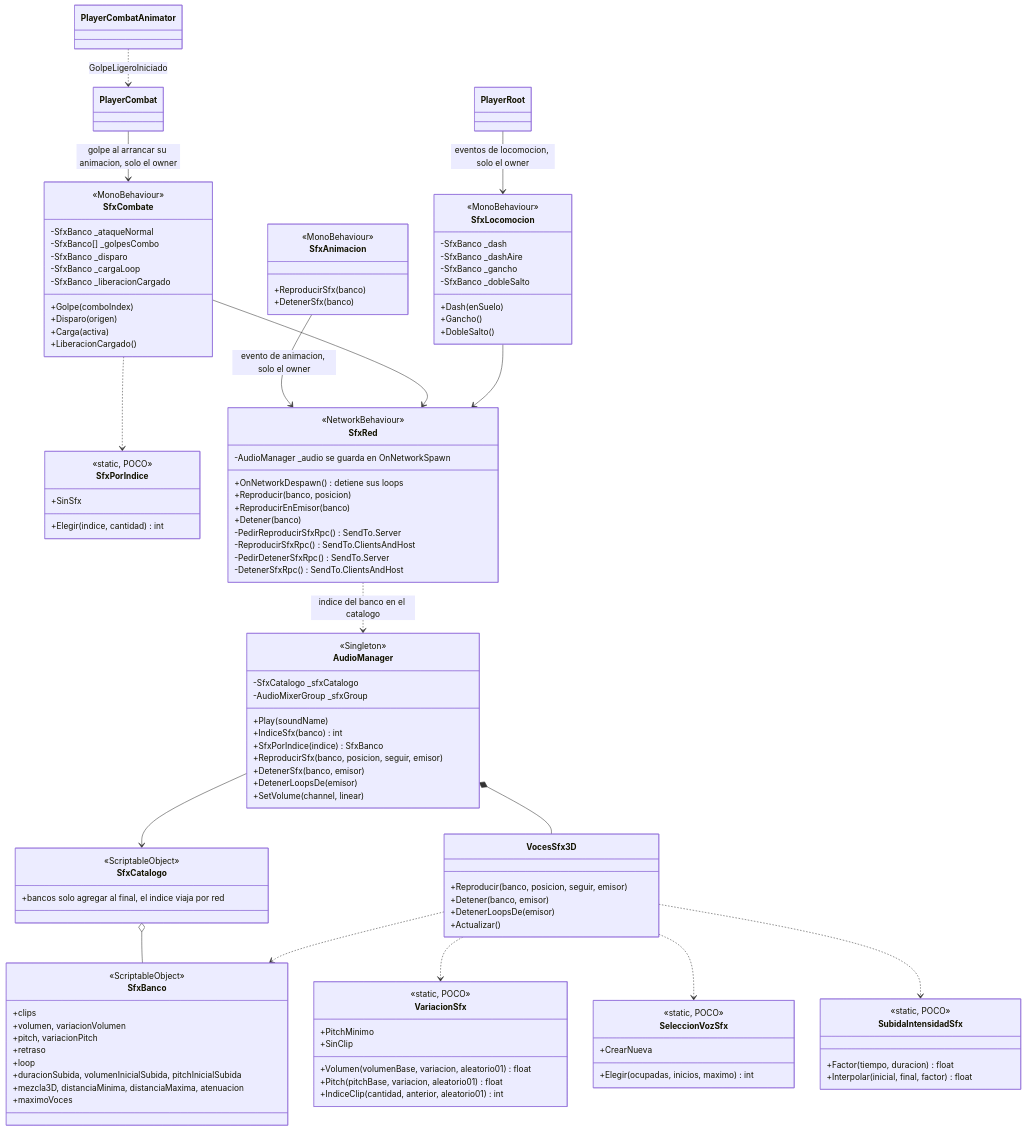
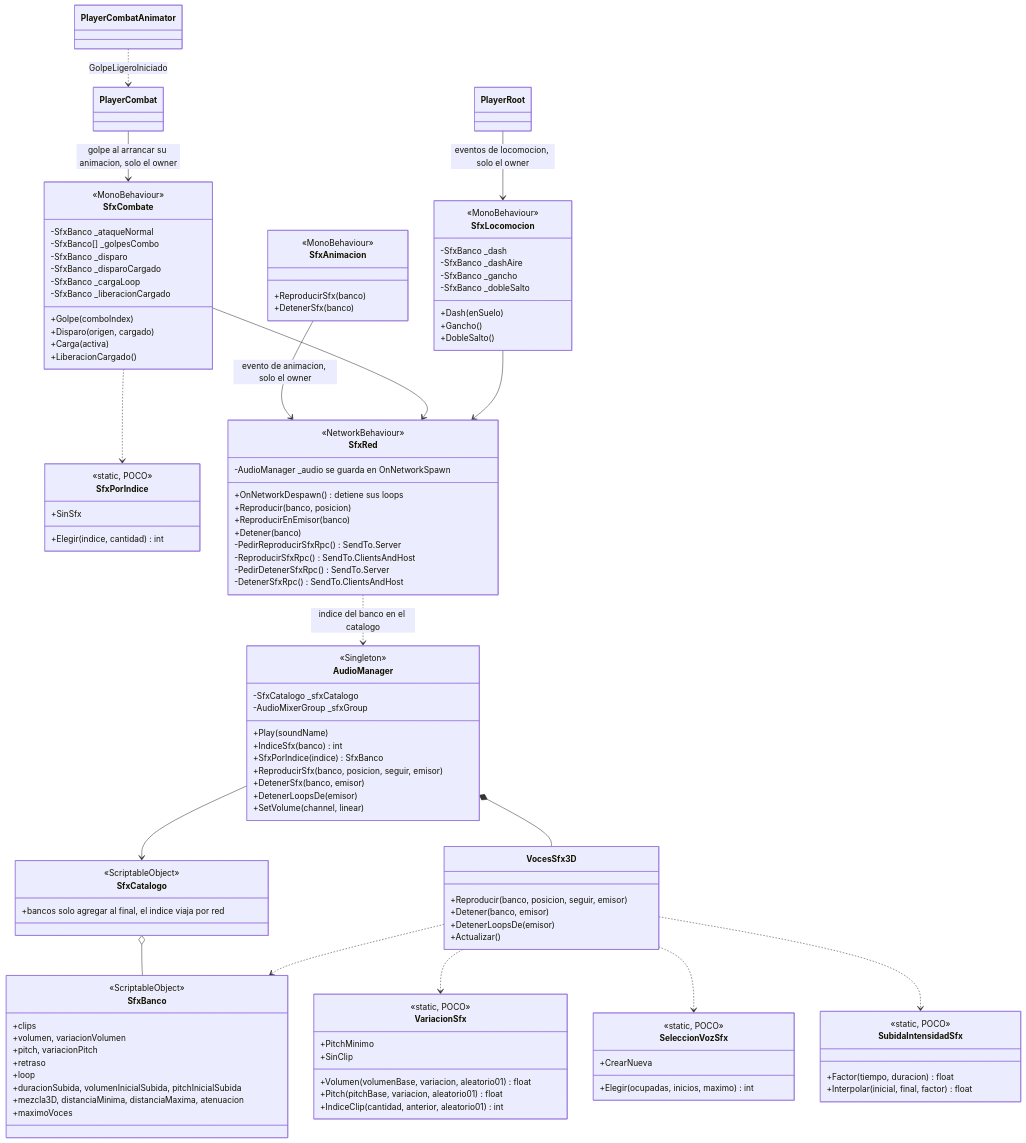
Before and after one commit to VicBojoDev10/DeathOfMeaningRepo: the diagram in docs/diagrams/audio.mermaid, drawn with Mermaid.

Commit message:
doc: add the charged shot sound to the audio diagram

```diff
--- a/docs/diagrams/audio.mermaid
+++ b/docs/diagrams/audio.mermaid
@@ -1,123 +1,124 @@
 classDiagram
     class VariacionSfx {
         <<static, POCO>>
         +PitchMinimo
         +SinClip
         +Volumen(volumenBase, variacion, aleatorio01) float
         +Pitch(pitchBase, variacion, aleatorio01) float
         +IndiceClip(cantidad, anterior, aleatorio01) int
     }
 
     class SeleccionVozSfx {
         <<static, POCO>>
         +CrearNueva
         +Elegir(ocupadas, inicios, maximo) int
     }
 
     class SfxPorIndice {
         <<static, POCO>>
         +SinSfx
         +Elegir(indice, cantidad) int
     }
 
     class SfxCombate {
         <<MonoBehaviour>>
         -SfxBanco _ataqueNormal
         -SfxBanco[] _golpesCombo
         -SfxBanco _disparo
+        -SfxBanco _disparoCargado
         -SfxBanco _cargaLoop
         -SfxBanco _liberacionCargado
         +Golpe(comboIndex)
-        +Disparo(origen)
+        +Disparo(origen, cargado)
         +Carga(activa)
         +LiberacionCargado()
     }
 
     class SfxLocomocion {
         <<MonoBehaviour>>
         -SfxBanco _dash
         -SfxBanco _dashAire
         -SfxBanco _gancho
         -SfxBanco _dobleSalto
         +Dash(enSuelo)
         +Gancho()
         +DobleSalto()
     }
 
     class SubidaIntensidadSfx {
         <<static, POCO>>
         +Factor(tiempo, duracion) float
         +Interpolar(inicial, final, factor) float
     }
 
     class SfxBanco {
         <<ScriptableObject>>
         +clips
         +volumen, variacionVolumen
         +pitch, variacionPitch
         +retraso
         +loop
         +duracionSubida, volumenInicialSubida, pitchInicialSubida
         +mezcla3D, distanciaMinima, distanciaMaxima, atenuacion
         +maximoVoces
     }
 
     class SfxCatalogo {
         <<ScriptableObject>>
         +bancos solo agregar al final, el indice viaja por red
     }
 
     class AudioManager {
         <<Singleton>>
         -SfxCatalogo _sfxCatalogo
         -AudioMixerGroup _sfxGroup
         +Play(soundName)
         +IndiceSfx(banco) int
         +SfxPorIndice(indice) SfxBanco
         +ReproducirSfx(banco, posicion, seguir, emisor)
         +DetenerSfx(banco, emisor)
         +DetenerLoopsDe(emisor)
         +SetVolume(channel, linear)
     }
 
     class VocesSfx3D {
         +Reproducir(banco, posicion, seguir, emisor)
         +Detener(banco, emisor)
         +DetenerLoopsDe(emisor)
         +Actualizar()
     }
 
     class SfxRed {
         <<NetworkBehaviour>>
         -AudioManager _audio se guarda en OnNetworkSpawn
         +OnNetworkDespawn() detiene sus loops
         +Reproducir(banco, posicion)
         +ReproducirEnEmisor(banco)
         +Detener(banco)
         -PedirReproducirSfxRpc() SendTo.Server
         -ReproducirSfxRpc() SendTo.ClientsAndHost
         -PedirDetenerSfxRpc() SendTo.Server
         -DetenerSfxRpc() SendTo.ClientsAndHost
     }
 
     class SfxAnimacion {
         <<MonoBehaviour>>
         +ReproducirSfx(banco)
         +DetenerSfx(banco)
     }
 
     SfxCatalogo o-- SfxBanco
     AudioManager --> SfxCatalogo
     AudioManager *-- VocesSfx3D
     VocesSfx3D ..> VariacionSfx
     VocesSfx3D ..> SeleccionVozSfx
     VocesSfx3D ..> SfxBanco
     SfxRed ..> AudioManager : indice del banco en el catalogo
     SfxAnimacion --> SfxRed : evento de animacion, solo el owner
     PlayerCombat --> SfxCombate : golpe al arrancar su animacion, solo el owner
     PlayerCombatAnimator ..> PlayerCombat : GolpeLigeroIniciado
     SfxCombate ..> SfxPorIndice
     SfxCombate --> SfxRed
     VocesSfx3D ..> SubidaIntensidadSfx
     PlayerRoot --> SfxLocomocion : eventos de locomocion, solo el owner
     SfxLocomocion --> SfxRed
```
